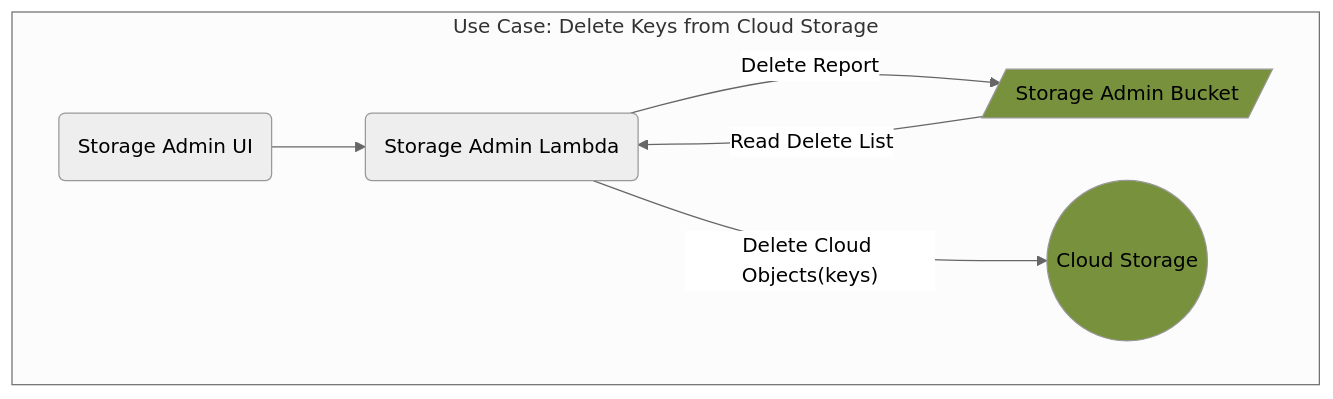
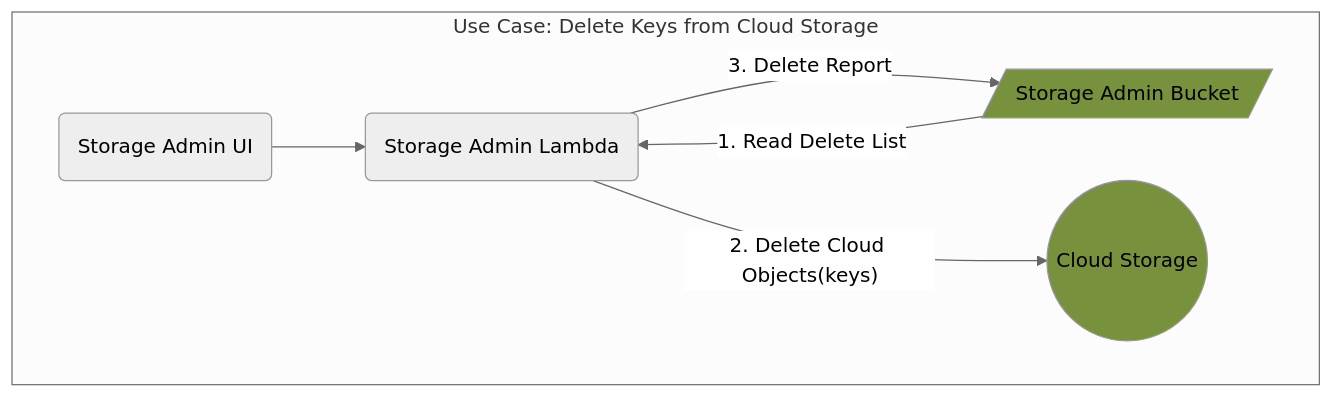
The diagram in diagrams/store-admin-del-node-keys.mmd (CDLUC3/mrt-doc), drawn with Mermaid before and after one commit. The commit also changed 6 other files, not shown here.

```diff
--- a/diagrams/store-admin-del-node-keys.mmd
+++ b/diagrams/store-admin-del-node-keys.mmd
@@ -1,16 +1,16 @@
 %%{init: {'theme': 'neutral', 'securityLevel': 'loose'}}%%
 graph TD
   SAUI("Storage Admin UI")
   SA("Storage Admin Lambda")
   SABUCK[/"Storage Admin Bucket"/]
   CLOUD(("Cloud Storage"))
 
   subgraph "Use Case: Delete Keys from Cloud Storage"
     SAUI-->SA
-    SABUCK-->|"Read Delete List"|SA
-    SA-->|"Delete Cloud Objects(keys)"|CLOUD
-    SA-->|"Delete Report"|SABUCK
+    SABUCK-->|"1. Read Delete List"|SA
+    SA-->|"2. Delete Cloud Objects(keys)"|CLOUD
+    SA-->|"3. Delete Report"|SABUCK
   end
 
   style SABUCK fill:#77913C
   style CLOUD fill:#77913C
```
